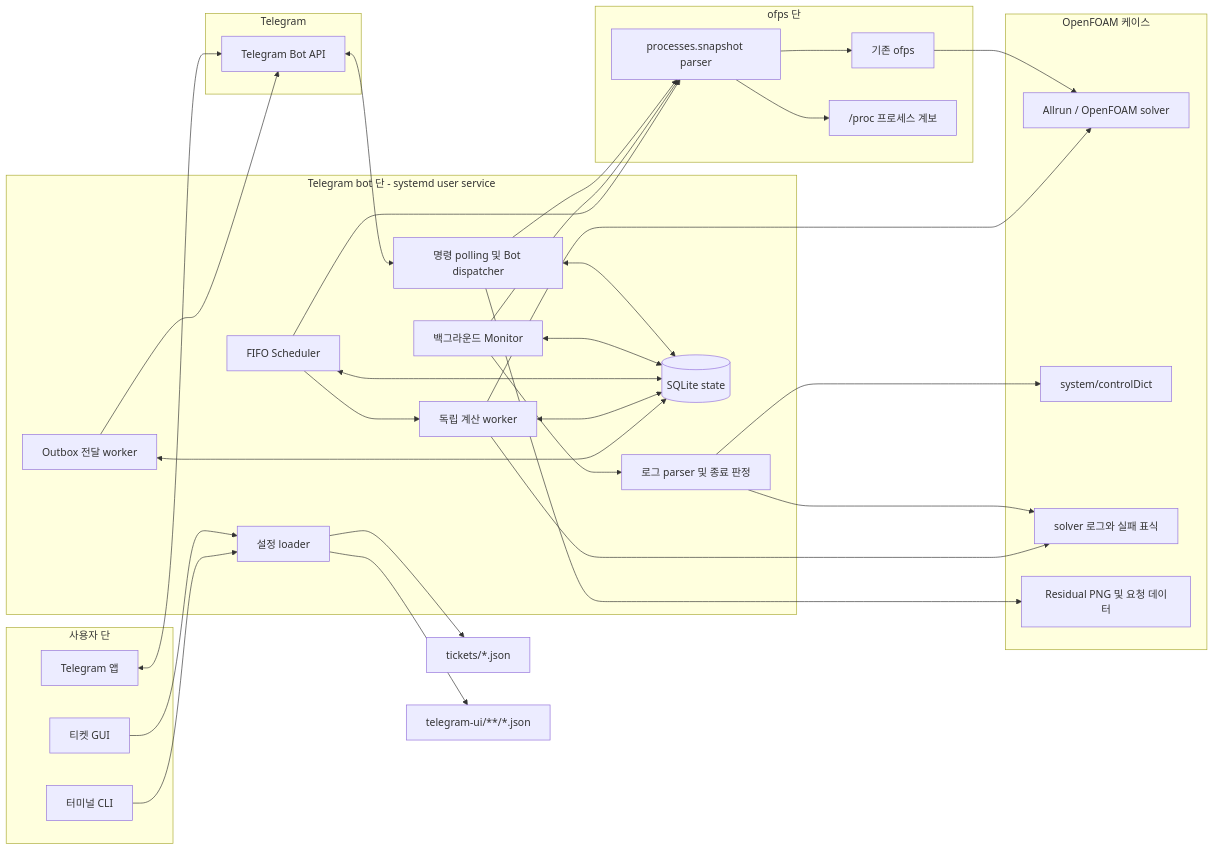
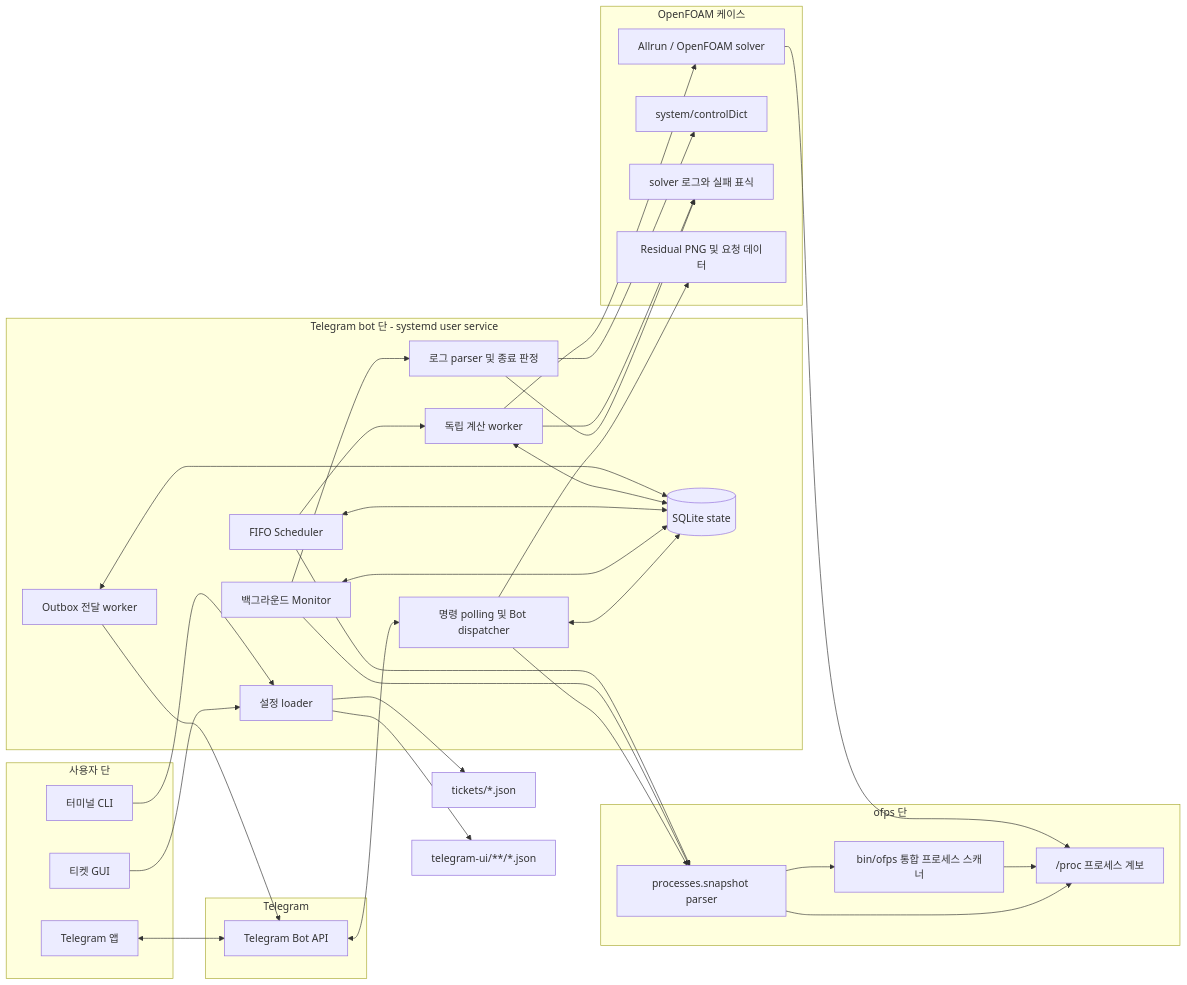
The first of 11 diagrams in docs/ARCHITECTURE.md (jo0n-lab/cfd-bot), drawn with Mermaid before and after one commit. The commit also changed other lines of this file and 11 other files, not shown here.

````diff
--- a/docs/ARCHITECTURE.md
+++ b/docs/ARCHITECTURE.md
@@ -25,65 +25,66 @@
 ```mermaid
 flowchart LR
     subgraph USER[사용자 단]
         TG[Telegram 앱]
         GUI[티켓 GUI]
         CLI[터미널 CLI]
     end
 
     subgraph TELEGRAM[Telegram]
         API[Telegram Bot API]
     end
 
     subgraph BOT[Telegram bot 단 - systemd user service]
         POLL[명령 polling 및 Bot dispatcher]
         MON[백그라운드 Monitor]
         NOTI[Outbox 전달 worker]
         CFG[설정 loader]
         PARSE[로그 parser 및 종료 판정]
         SCHED[FIFO Scheduler]
         WORKER[독립 계산 worker]
         DB[(SQLite state)]
     end
 
     subgraph OFPS[ofps 단]
         ADAPTER[processes.snapshot parser]
-        LEGACY[기존 ofps]
+        SCANNER[bin/ofps 통합 프로세스 스캐너]
         PROC["/proc 프로세스 계보"]
     end
 
     subgraph CASE[OpenFOAM 케이스]
         SOLVER[Allrun / OpenFOAM solver]
         CONTROL[system/controlDict]
         LOG[solver 로그와 실패 표식]
         FILES[Residual PNG 및 요청 데이터]
     end
 
     TG <--> API
     API <--> POLL
     GUI --> CFG
     CLI --> CFG
     CFG --> TICKET[tickets/*.json]
     CFG --> UIRES[telegram-ui/**/*.json]
 
     POLL --> ADAPTER
     MON --> ADAPTER
-    ADAPTER --> LEGACY
+    ADAPTER --> SCANNER
     ADAPTER --> PROC
-    LEGACY --> SOLVER
+    SCANNER --> PROC
+    SOLVER --> PROC
 
     MON --> PARSE
     PARSE --> CONTROL
     PARSE --> LOG
     POLL --> FILES
     SCHED --> ADAPTER
     SCHED --> WORKER
     WORKER --> SOLVER
     WORKER --> LOG
 
     POLL <--> DB
     MON <--> DB
     SCHED <--> DB
     WORKER <--> DB
     NOTI <--> DB
     NOTI --> API
 ```
````
